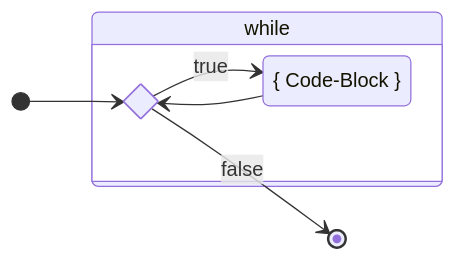
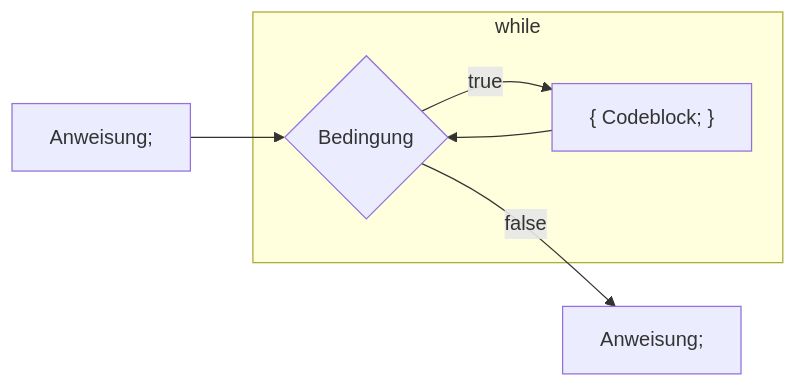
Before and after one commit to codingluke/bbzbl-modul-319: the diagram in docs/woche05/5a-while/while.md, drawn with Mermaid. The commit also changed other lines of this file and 18 other files, not shown here.

````diff
--- a/docs/woche05/5a-while/while.md
+++ b/docs/woche05/5a-while/while.md
@@ -31,12 +31,9 @@
 ```mermaid
-stateDiagram-v2
-    direction LR
-    state Bedingung <<choice>>
-    [*] --> Bedingung
-    do: { Code-Block }
-    Bedingung --> do: true
-    state while {
-        do --> Bedingung
-    }
-    Bedingung --> [*]: false
+flowchart LR
+    A[Anweisung;] --> B{Bedingung}
+    subgraph while
+      C --> B
+      B --> |true| C["{ Codeblock; }"]
+    end
+    B --> |false| F[Anweisung;]
 ```
````
